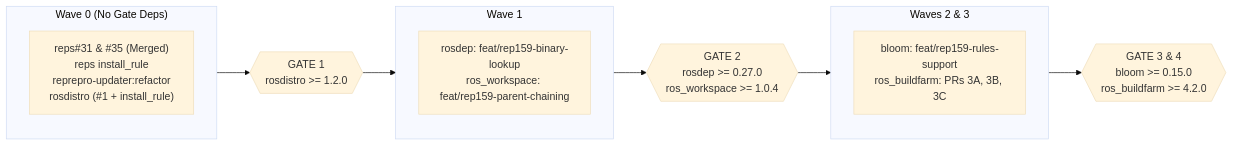
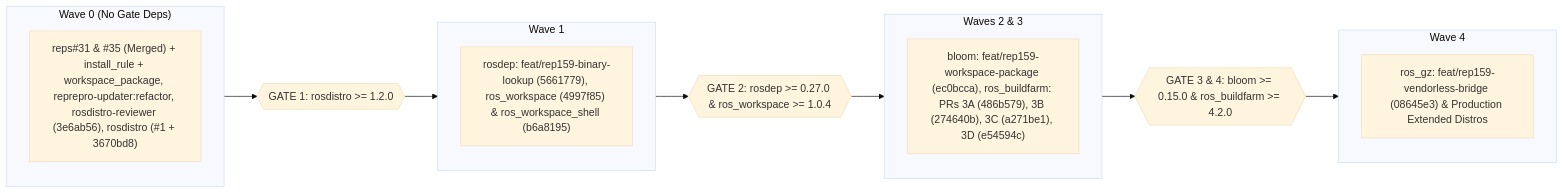
One commit to KmoM88/rep159-testing changed the eighth of 8 diagrams in TOPOLOGICAL_TESTING_EVIDENCE_GIST.md. Above: the diagram before and after it, drawn with Mermaid (base theme). The commit also changed other lines of this file and 15 other files, not shown here.

Commit message:
Consolidate Stage 1-6 docs in roadmap/ with Mermaid core vs testbed diagrams, update rollout/PR plans, and sync Gist

````diff
--- a/TOPOLOGICAL_TESTING_EVIDENCE_GIST.md
+++ b/TOPOLOGICAL_TESTING_EVIDENCE_GIST.md
@@ -205,15 +282,19 @@
 ```mermaid
 flowchart LR
     subgraph W0 ["Wave 0 (No Gate Deps)"]
-        R0["reps#31 & #35 (Merged)<br/>reps install_rule<br/>reprepro-updater:refactor<br/>rosdistro (#1 + install_rule)"]
+        R0["reps#31 & #35 (Merged) + install_rule + workspace_package, reprepro-updater:refactor, rosdistro-reviewer (3e6ab56), rosdistro (#1 + 3670bd8)"]
     end
-    W0 --> G1{{"GATE 1<br/>rosdistro >= 1.2.0"}}
+    W0 --> G1{{"GATE 1: rosdistro >= 1.2.0"}}
     subgraph W1 ["Wave 1"]
-        R1["rosdep: feat/rep159-binary-lookup<br/>ros_workspace: feat/rep159-parent-chaining"]
+        R1["rosdep: feat/rep159-binary-lookup (5661779), ros_workspace (4997f85) & ros_workspace_shell (b6a8195)"]
     end
-    G1 --> W1 --> G2{{"GATE 2<br/>rosdep >= 0.27.0<br/>ros_workspace >= 1.0.4"}}
+    G1 --> W1 --> G2{{"GATE 2: rosdep >= 0.27.0 & ros_workspace >= 1.0.4"}}
     subgraph W23 ["Waves 2 & 3"]
-        R2["bloom: feat/rep159-rules-support<br/>ros_buildfarm: PRs 3A, 3B, 3C"]
+        R2["bloom: feat/rep159-workspace-package (ec0bcca), ros_buildfarm: PRs 3A (486b579), 3B (274640b), 3C (a271be1), 3D (e54594c)"]
     end
-    G2 --> W23 --> G4{{"GATE 3 & 4<br/>bloom >= 0.15.0<br/>ros_buildfarm >= 4.2.0"}}
+    G2 --> W23 --> G4{{"GATE 3 & 4: bloom >= 0.15.0 & ros_buildfarm >= 4.2.0"}}
+    subgraph W4 ["Wave 4"]
+        R4["ros_gz: feat/rep159-vendorless-bridge (08645e3) & Production Extended Distros"]
+    end
+    G4 --> W4
 ```
````
